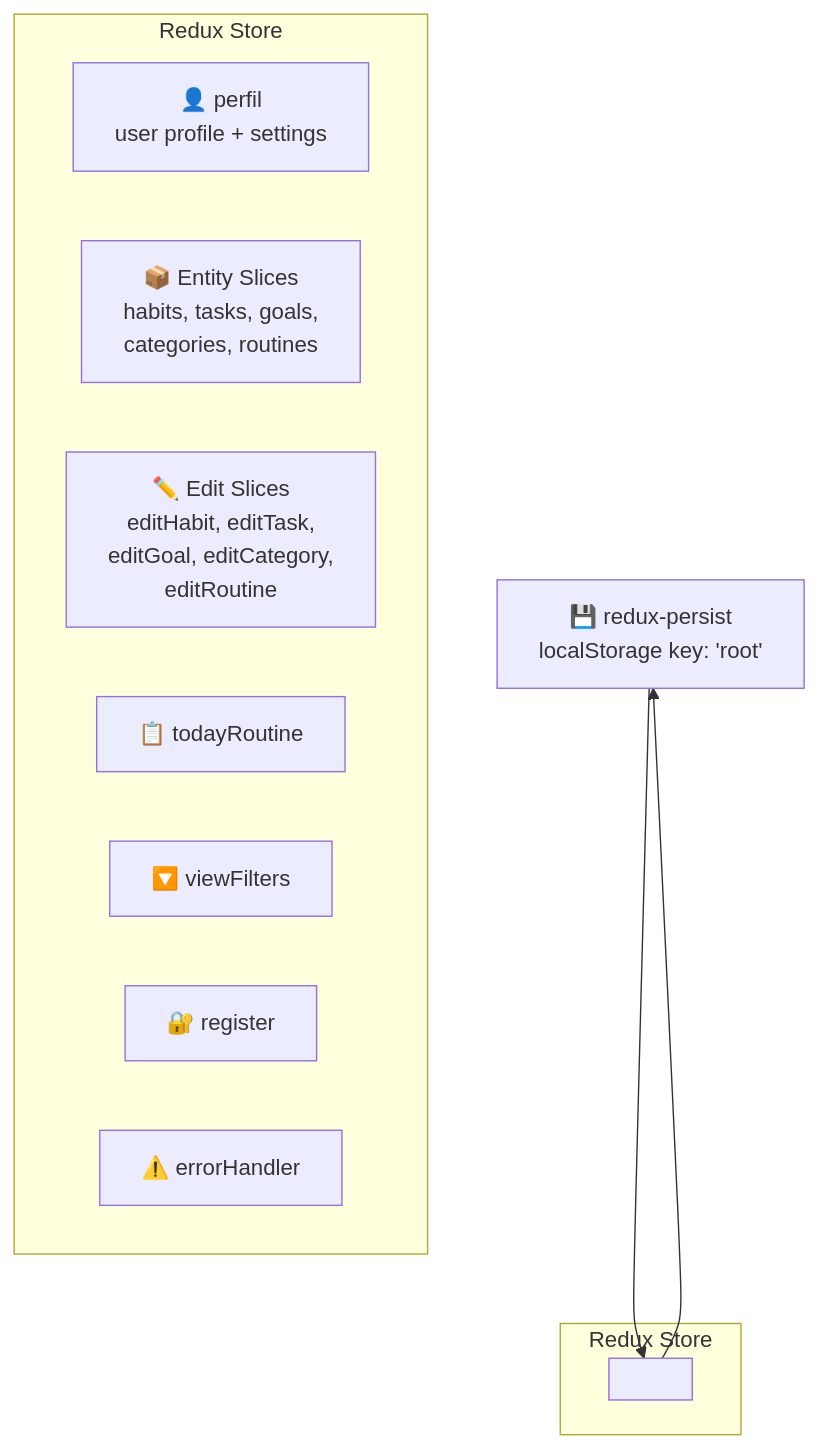
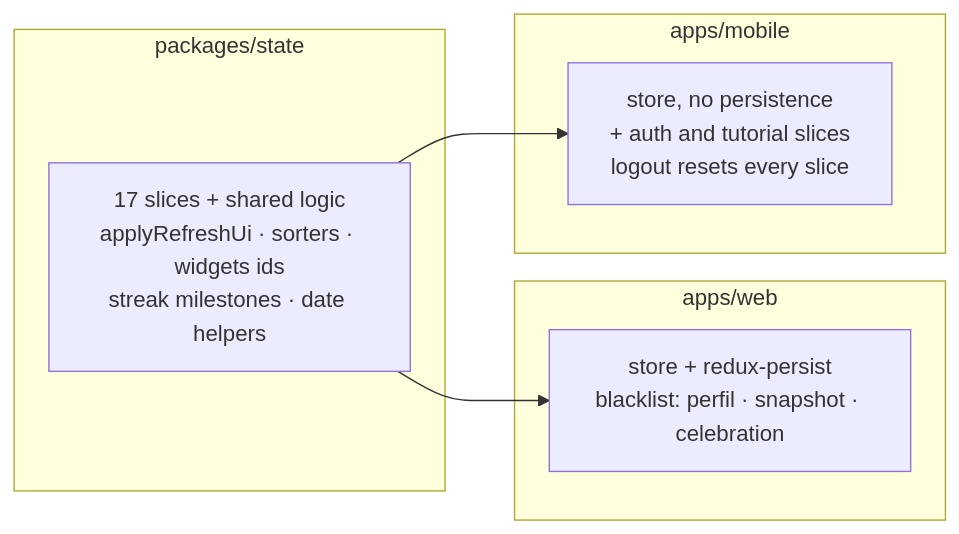
One commit to AndDev741/Beyou-arch-design changed the first of 2 diagrams in architecture/redux-data/en.md. Above: the diagram before and after it, drawn with Mermaid. The commit also changed other lines of this file and 7 other files, not shown here.

First line of the commit message:
docs(architecture): ui-components and redux-data enter the monorepo era

````diff
--- a/architecture/redux-data/en.md
+++ b/architecture/redux-data/en.md
@@ -10,20 +12,17 @@
 ```mermaid
-flowchart TD
-  subgraph "Redux Store"
-    PERFIL["👤 perfil<br/>user profile + settings"]
-    ENTITIES["📦 Entity Slices<br/>habits, tasks, goals,<br/>categories, routines"]
-    EDIT["✏️ Edit Slices<br/>editHabit, editTask,<br/>editGoal, editCategory,<br/>editRoutine"]
-    TODAY["📋 todayRoutine"]
-    FILTERS["🔽 viewFilters"]
-    AUTH["🔐 register"]
-    ERR["⚠️ errorHandler"]
+flowchart LR
+  subgraph pkg["packages/state"]
+    SLICES["17 slices + shared logic<br/>applyRefreshUi · sorters · widgets ids<br/>streak milestones · date helpers"]
   end
 
-  PERSIST["💾 redux-persist<br/>localStorage key: 'root'"]
-  STORE --> PERSIST
-  PERSIST --> STORE
+  subgraph web["apps/web"]
+    WSTORE["store + redux-persist<br/>blacklist: perfil · snapshot · celebration"]
+  end
 
-  subgraph "Redux Store"
-    STORE[" "]
+  subgraph mobile["apps/mobile"]
+    MSTORE["store, no persistence<br/>+ auth and tutorial slices<br/>logout resets every slice"]
   end
+
+  SLICES --> WSTORE
+  SLICES --> MSTORE
 ```
````
